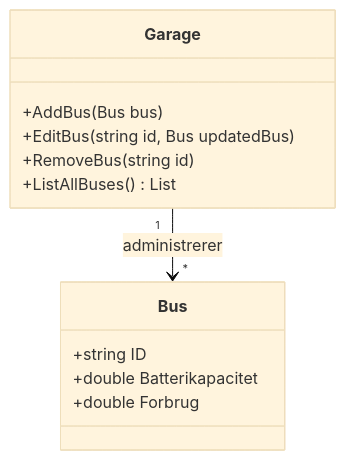
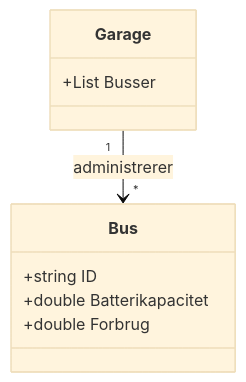
The diagram in Dokumentation/Iteration 1/Use Case 1/Domain.mmd (Team-14-pa-UCL/Getting-Real2), drawn with Mermaid (base theme) before and after one commit. The commit also changed 3 other files, not shown here.

```diff
--- a/Dokumentation/Iteration 1/Use Case 1/Domain.mmd
+++ b/Dokumentation/Iteration 1/Use Case 1/Domain.mmd
@@ -1,13 +1,10 @@
 classDiagram
     class Bus {
         +string ID
         +double Batterikapacitet
         +double Forbrug
     }
     class Garage {
-        +AddBus(Bus bus)
-        +EditBus(string id, Bus updatedBus)
-        +RemoveBus(string id)
-        +ListAllBuses() List<Bus>
+        +List<Bus> Busser
     }
     Garage "1" --> "*" Bus : administrerer
```
